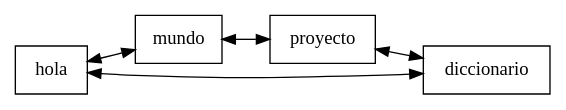
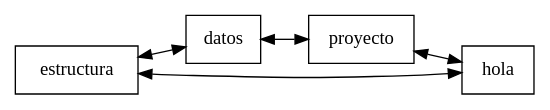
One commit to elJuanjoRamos/EDD_1S2020_PY1_201801262 changed the diagram in EDD_Proyecto1/EDD_Proyecto1/Dictionary_ListaDobleCircular.dot. Above: the diagram before and after it, drawn with Graphviz. The commit also changed 25 other files, not shown here.

```diff
--- a/EDD_Proyecto1/EDD_Proyecto1/Dictionary_ListaDobleCircular.dot
+++ b/EDD_Proyecto1/EDD_Proyecto1/Dictionary_ListaDobleCircular.dot
@@ -1,11 +1,11 @@
 digraph G {rankdir=LR
 node[shape = box];
-Nodo0 [label = "hola"];
-Nodo1 [label = "mundo"];
+Nodo0 [label = "estructura"];
+Nodo1 [label = "datos"];
 Nodo2 [label = "proyecto"];
-Nodo3 [label = "diccionario"];
+Nodo3 [label = "hola"];
 Nodo0->Nodo1[dir=both];
 Nodo1->Nodo2[dir=both];
 Nodo2->Nodo3[dir=both];
 Nodo0->Nodo3[dir=both]
 }
```
